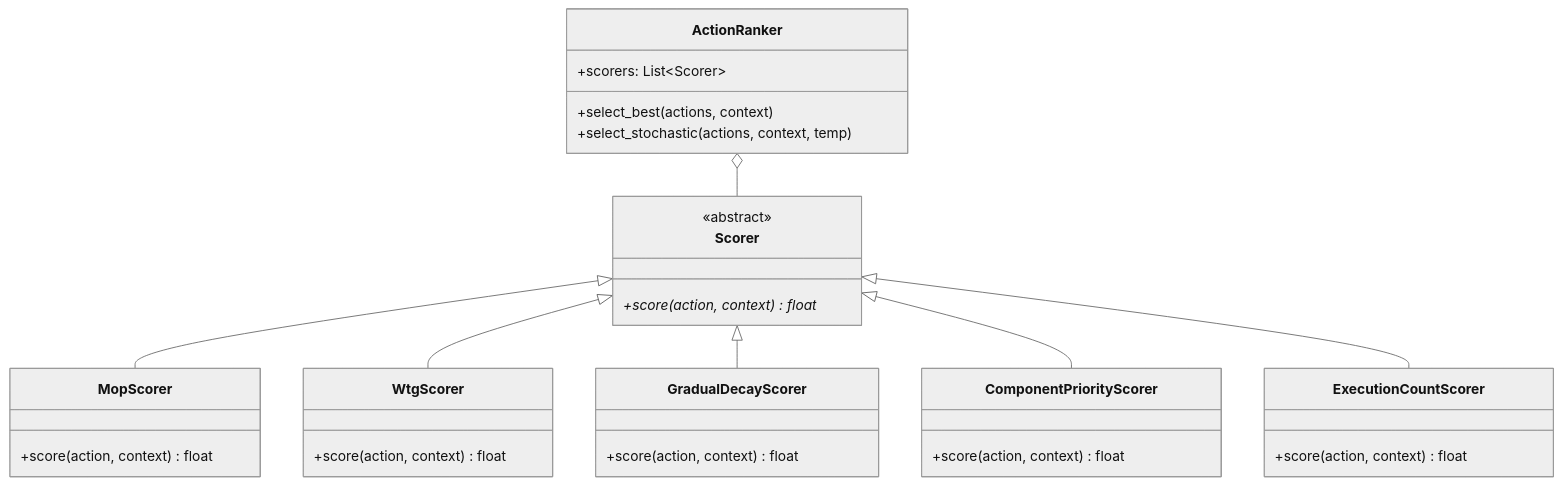
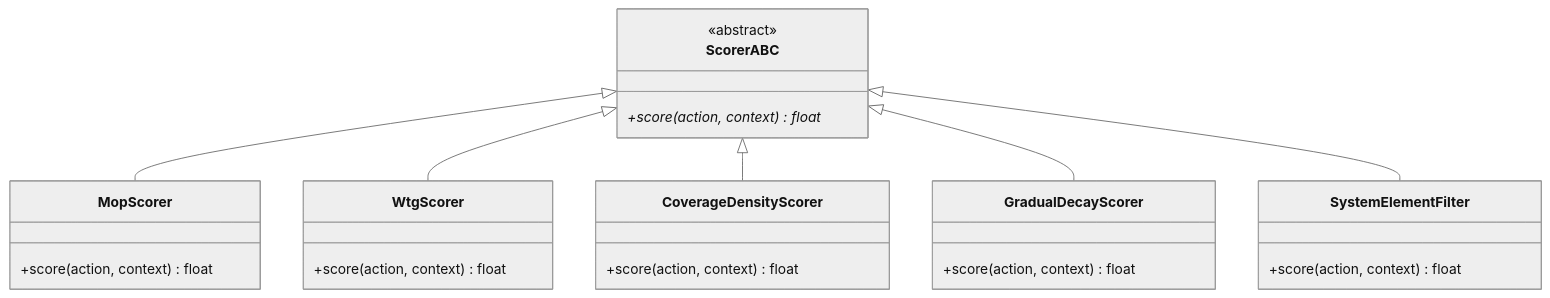
One commit to PAMunb/rvsec changed the fifth of 5 diagrams in rv-android/modules/rv-agent/docs/architecture.md. Above: the diagram before and after it, drawn with Mermaid. The commit also changed other lines of this file and 17 other files, not shown here.

First line of the commit message:
docs(tg5): architecture docs for all 13 modules + aperv spec rewrite + script updates (refs #48)

````diff
--- a/rv-android/modules/rv-agent/docs/architecture.md
+++ b/rv-android/modules/rv-agent/docs/architecture.md
@@ -399,42 +629,34 @@
 ```mermaid
 %%{init: {'theme': 'neutral'}}%%
 classDiagram
-    class Scorer {
+    class ScorerABC {
         <<abstract>>
         +score(action, context)* float
-    }
-
-    class ActionRanker {
-        +scorers: List~Scorer~
-        +select_best(actions, context)
-        +select_stochastic(actions, context, temp)
     }
 
     class MopScorer {
         +score(action, context) float
     }
 
     class WtgScorer {
         +score(action, context) float
     }
 
+    class CoverageDensityScorer {
+        +score(action, context) float
+    }
+
     class GradualDecayScorer {
         +score(action, context) float
     }
 
-    class ComponentPriorityScorer {
+    class SystemElementFilter {
         +score(action, context) float
     }
 
-    class ExecutionCountScorer {
-        +score(action, context) float
-    }
-
-    Scorer <|-- MopScorer
-    Scorer <|-- WtgScorer
-    Scorer <|-- GradualDecayScorer
-    Scorer <|-- ComponentPriorityScorer
-    Scorer <|-- ExecutionCountScorer
-
-    ActionRanker o-- Scorer
+    ScorerABC <|-- MopScorer
+    ScorerABC <|-- WtgScorer
+    ScorerABC <|-- CoverageDensityScorer
+    ScorerABC <|-- GradualDecayScorer
+    ScorerABC <|-- SystemElementFilter
 ```
````
